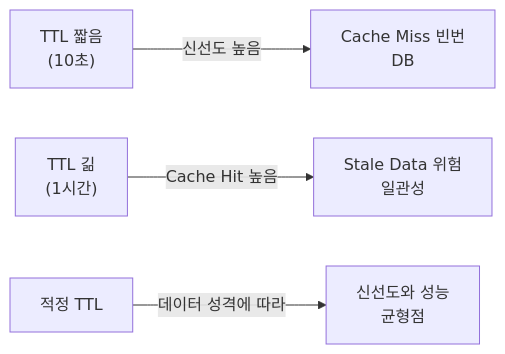
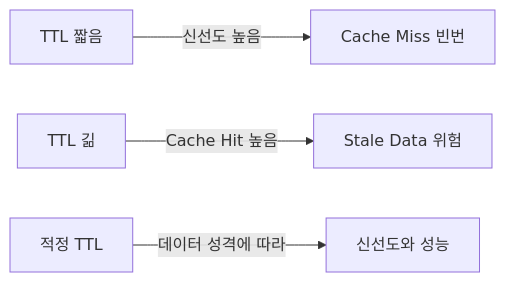
Before and after one commit to yjkim2015/yjkim2015.github.io: the second of 8 diagrams in _posts/caching/2026-05-03-cache-invalidation.md, drawn with Mermaid. The commit also changed other lines of this file and 217 other files, not shown here.

First line of the commit message:
Mermaid 크기 수정: useMaxWidth:true + SVG max-width:100% + 라벨 축소

````diff
--- a/_posts/caching/2026-05-03-cache-invalidation.md
+++ b/_posts/caching/2026-05-03-cache-invalidation.md
@@ -48,6 +48,6 @@
 ```mermaid
 graph LR
-    A["TTL 짧음\n(10초)"] -->|"신선도 높음"| B["Cache Miss 빈번\nDB"]
-    C["TTL 긺\n(1시간)"] -->|"Cache Hit 높음"| D["Stale Data 위험\n일관성"]
-    E["적정 TTL"] -->|"데이터 성격에 따라"| F["신선도와 성능\n균형점"]
+    A["TTL 짧음"] -->|"신선도 높음"| B["Cache Miss 빈번"]
+    C["TTL 긺"] -->|"Cache Hit 높음"| D["Stale Data 위험"]
+    E["적정 TTL"] -->|"데이터 성격에 따라"| F["신선도와 성능"]
 ```
````
